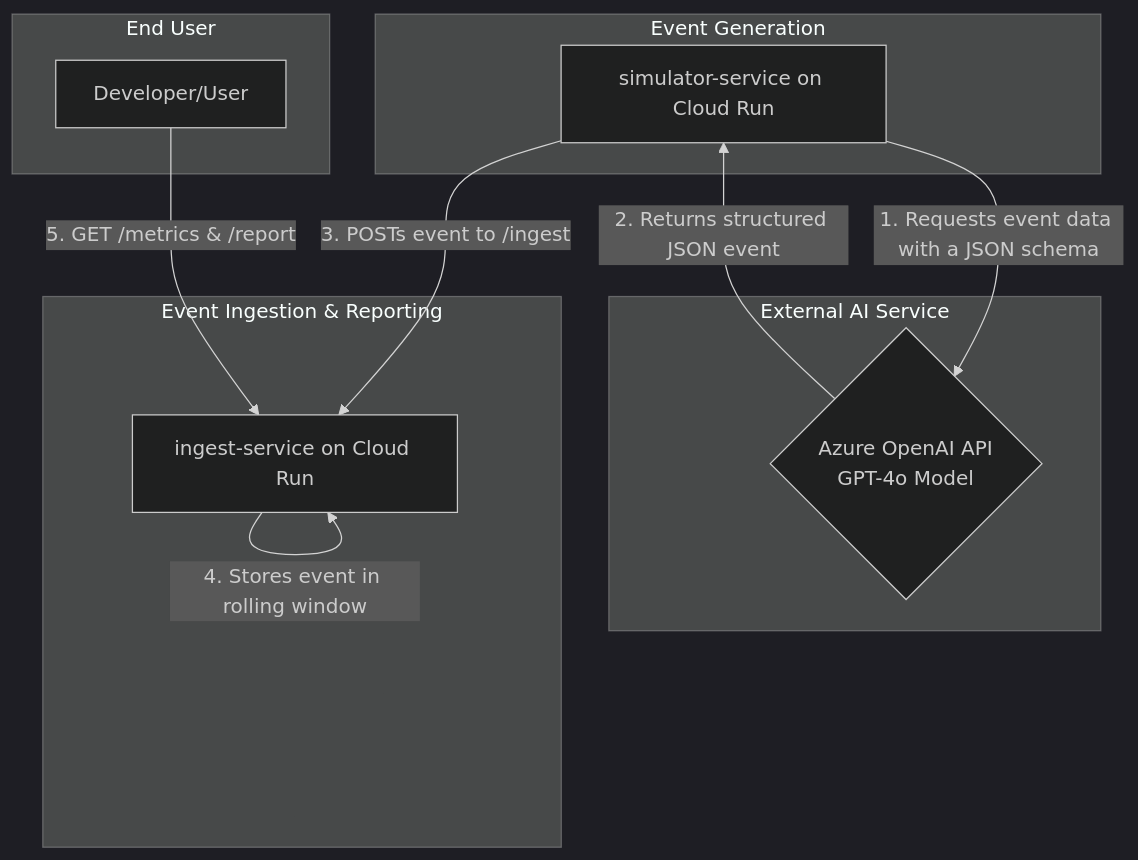
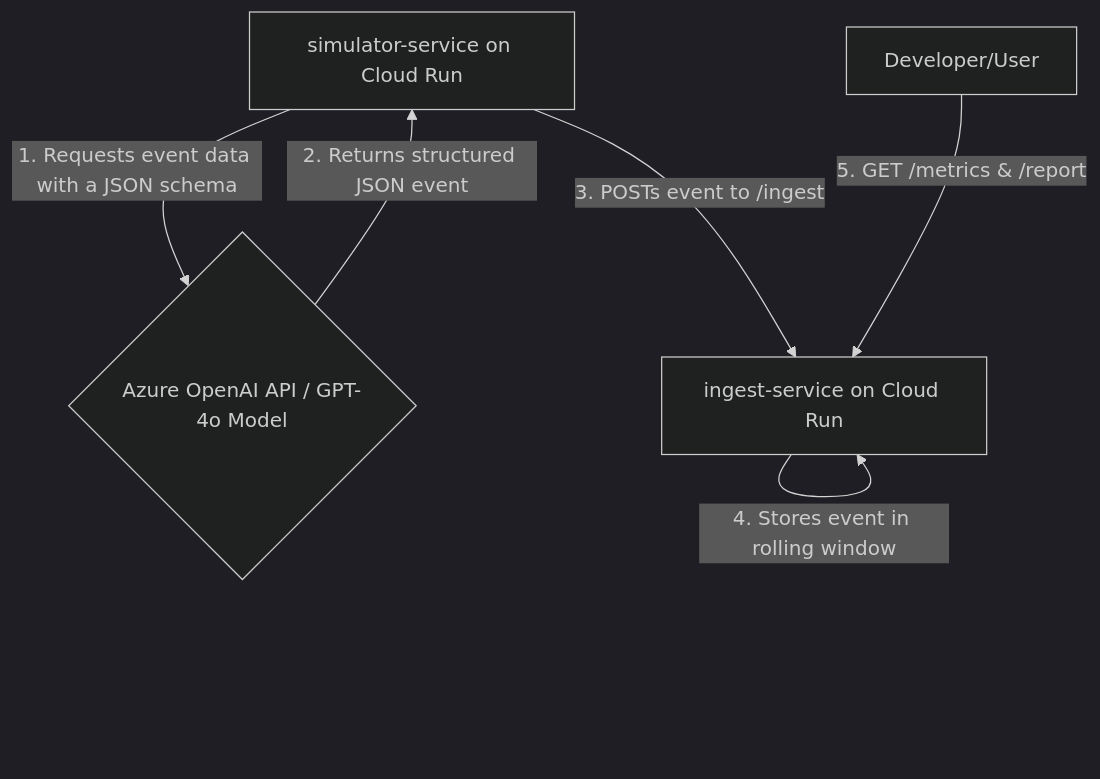
Before and after one commit to PragalvhaSharma/LLMmonitoring: the diagram in README.md, drawn with Mermaid (dark theme).

Commit message:
updated readmeSyntax

````diff
--- a/README.md
+++ b/README.md
@@ -17,24 +17,8 @@
 ```mermaid
 graph TD
-    subgraph "Event Generation"
-        A[simulator-service on Cloud Run]
-    end
-
-    subgraph "External AI Service"
-        B{Azure OpenAI API<br>GPT-4o Model}
-    end
-
-    subgraph "Event Ingestion & Reporting"
-        C[ingest-service on Cloud Run]
-    end
-
-    subgraph "End User"
-        D[Developer/User]
-    end
-
-    A -- "1. Requests event data with a JSON schema" --> B;
+    A["simulator-service on Cloud Run"] -- "1. Requests event data with a JSON schema" --> B{"Azure OpenAI API / GPT-4o Model"};
     B -- "2. Returns structured JSON event" --> A;
-    A -- "3. POSTs event to /ingest" --> C;
+    A -- "3. POSTs event to /ingest" --> C["ingest-service on Cloud Run"];
     C -- "4. Stores event in rolling window" --> C;
-    D -- "5. GET /metrics & /report" --> C;
+    D["Developer/User"] -- "5. GET /metrics & /report" --> C;
 ```
````
